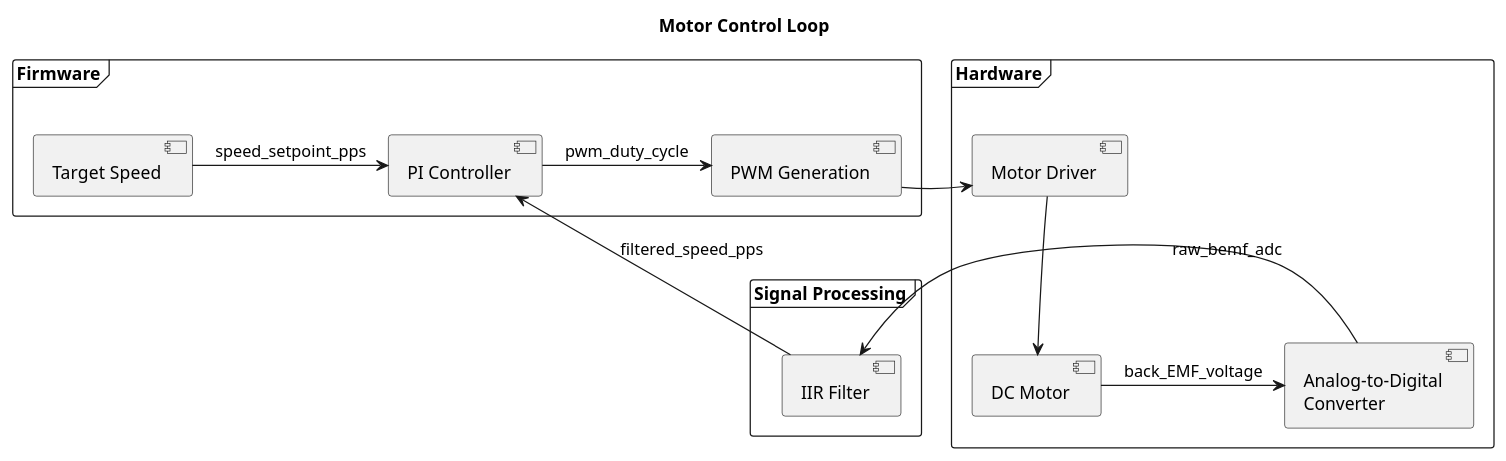
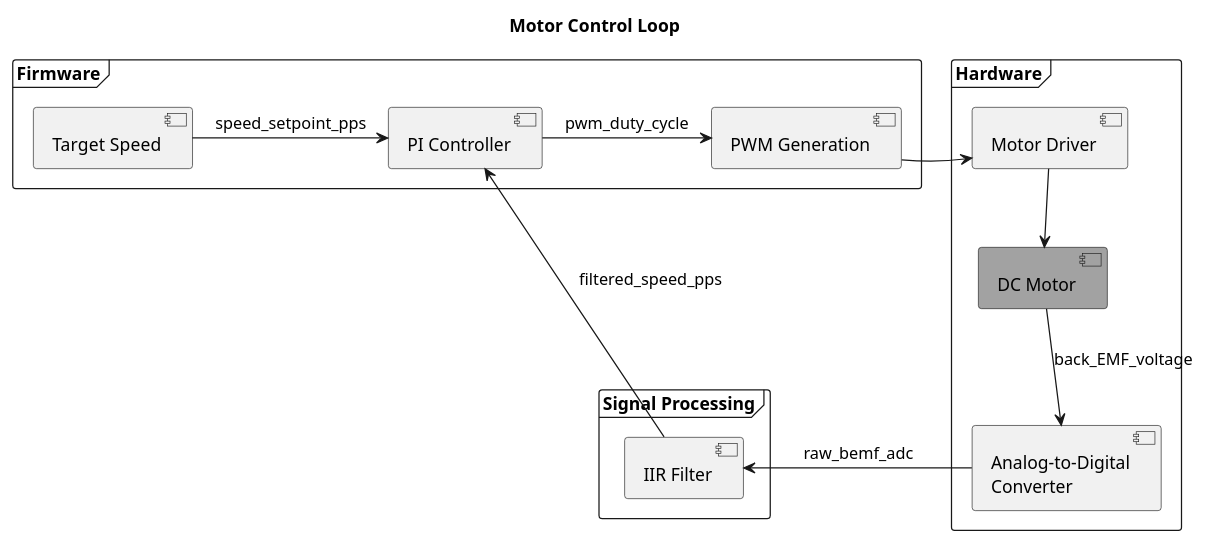
One commit to chatelao/xDuinoRails_RP2040-BDR6133-Tester changed the diagram in docs/control_loop.puml. Above: the diagram before and after it, drawn with PlantUML.

```diff
--- a/docs/control_loop.puml
+++ b/docs/control_loop.puml
@@ -1,34 +1,33 @@
 @startuml
 skinparam componentStyle uml2
 skinparam monochrome true
 skinparam shadowing false
 skinparam classAttributeIconSize 0
 
 
 title Motor Control Loop
 
 frame "Firmware" {
     [Target Speed] as setpoint
     [PI Controller] as pi
     [PWM Generation] as pwm
 }
 
 frame "Hardware" {
     [Motor Driver] as driver
-    [DC Motor] as motor
+    [DC Motor] as motor#Salmon
     [Analog-to-Digital\nConverter] as adc
 }
 
 frame "Signal Processing" {
     [IIR Filter] as filter
 }
 
 setpoint -> pi : speed_setpoint_pps
 pi -> pwm : pwm_duty_cycle
 pwm -> driver
 driver --> motor
-motor -> adc : back_EMF_voltage
+motor --> adc : back_EMF_voltage
 adc -> filter : raw_bemf_adc
 filter --> pi : filtered_speed_pps
-
 @enduml
```
